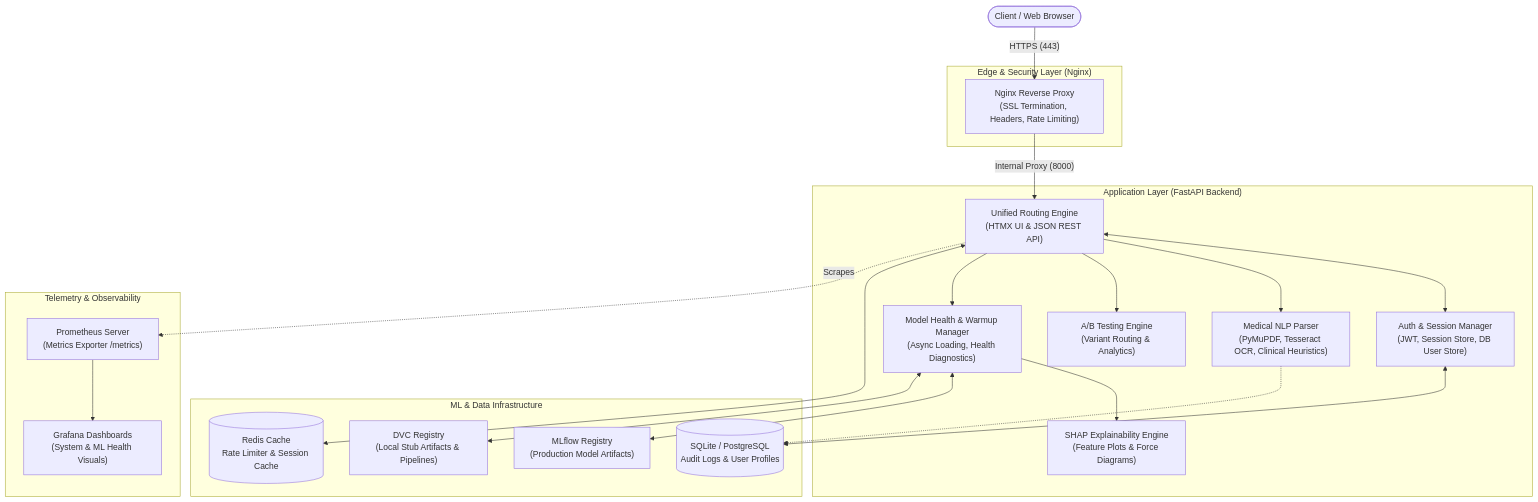
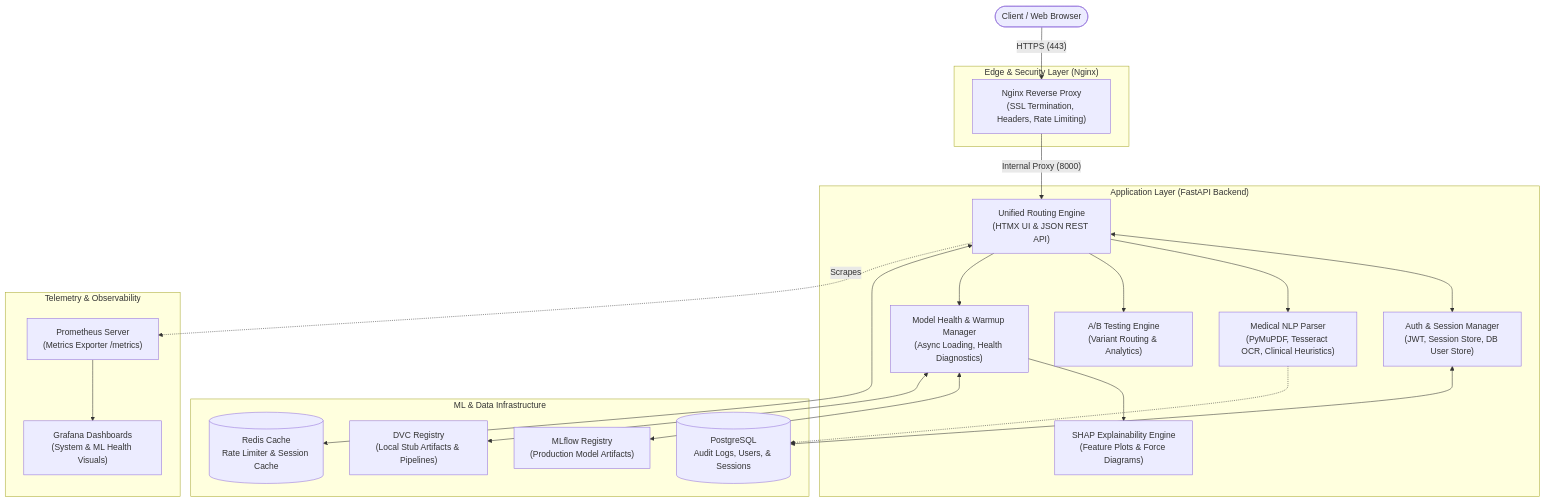
The diagram in README.md (Aryanmishra-dev/Healthcare-Risk-Prediction), drawn with Mermaid before and after one commit. The commit also changed other lines of this file and 92 other files, not shown here.

````diff
--- a/README.md
+++ b/README.md
@@ -15,51 +15,51 @@
 ```mermaid
 flowchart TB
     User(["Client / Web Browser"])
     
     subgraph Edge ["Edge & Security Layer (Nginx)"]
         NginxProxy["Nginx Reverse Proxy\n(SSL Termination, Headers, Rate Limiting)"]
     end
 
     subgraph AppServer ["Application Layer (FastAPI Backend)"]
         Router["Unified Routing Engine\n(HTMX UI & JSON REST API)"]
         AuthService["Auth & Session Manager\n(JWT, Session Store, DB User Store)"]
         NLPService["Medical NLP Parser\n(PyMuPDF, Tesseract OCR, Clinical Heuristics)"]
         ABService["A/B Testing Engine\n(Variant Routing & Analytics)"]
         ModelMgr["Model Health & Warmup Manager\n(Async Loading, Health Diagnostics)"]
         ExplainService["SHAP Explainability Engine\n(Feature Plots & Force Diagrams)"]
     end
 
     subgraph DataML ["ML & Data Infrastructure"]
         MLflow["MLflow Registry\n(Production Model Artifacts)"]
         DVCStore["DVC Registry\n(Local Stub Artifacts & Pipelines)"]
-        DB[(SQLite / PostgreSQL\nAudit Logs & User Profiles)]
+        DB[(PostgreSQL\nAudit Logs, Users, & Sessions)]
         RedisCache[(Redis Cache\nRate Limiter & Session Cache)]
     end
 
     subgraph Mon ["Telemetry & Observability"]
         Prometheus["Prometheus Server\n(Metrics Exporter /metrics)"]
         Grafana["Grafana Dashboards\n(System & ML Health Visuals)"]
     end
 
     %% Client Interactions
     User -->|"HTTPS (443)"| NginxProxy
     NginxProxy -->|"Internal Proxy (8000)"| Router
     
     %% Application Flow
     Router <--> AuthService
     Router --> NLPService
     Router --> ABService
     Router --> ModelMgr
     ModelMgr --> ExplainService
     
     %% Data Store Interactions
     AuthService <--> DB
     NLPService -.-> DB
     ModelMgr <--> MLflow
     ModelMgr <--> DVCStore
     Router <--> RedisCache
     
     %% Monitoring Exporters
     Router -.->|"Scrapes"| Prometheus
     Prometheus --> Grafana
 ```
````
